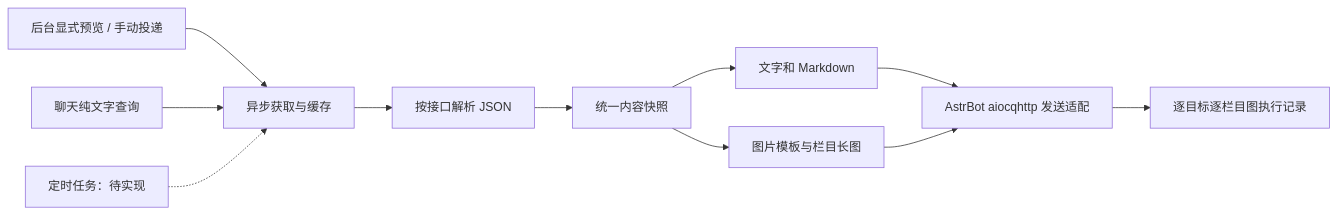
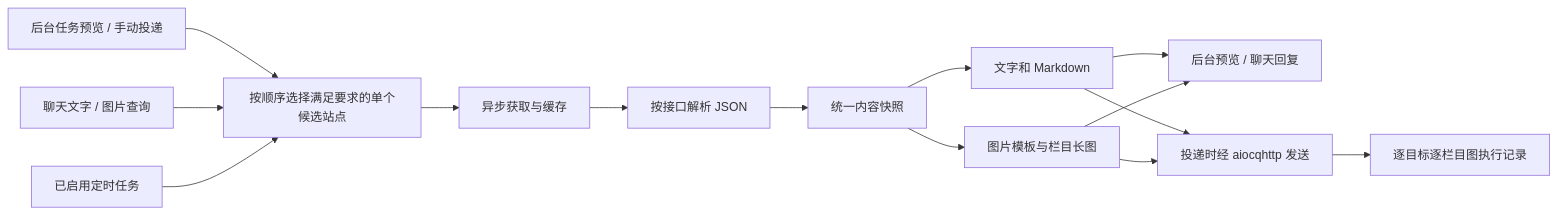
Before and after one commit to littleseven2003/astrbot_plugin_60sapi_hub: the diagram in docs/architecture.md, drawn with Mermaid. The commit also changed other lines of this file and 7 other files, not shown here.

````diff
--- a/docs/architecture.md
+++ b/docs/architecture.md
@@ -7,13 +7,16 @@
 ```mermaid
 flowchart LR
-    A[后台显式预览 / 手动投递] --> B[异步获取与缓存]
-    P[聊天纯文字查询] --> B
-    Q[定时任务：待实现] -.-> B
+    A[后台任务预览 / 手动投递] --> S[按顺序选择满足要求的单个候选站点]
+    P[聊天文字 / 图片查询] --> S
+    Q[已启用定时任务] --> S
+    S --> B[异步获取与缓存]
     B --> C[按接口解析 JSON]
     C --> D[统一内容快照]
     D --> E[文字和 Markdown]
     D --> F[图片模板与栏目长图]
-    E --> G[AstrBot aiocqhttp 发送适配]
+    E --> V[后台预览 / 聊天回复]
+    F --> V
+    E --> G[投递时经 aiocqhttp 发送]
     F --> G
     G --> H[逐目标逐栏目图执行记录]
 ```
````
